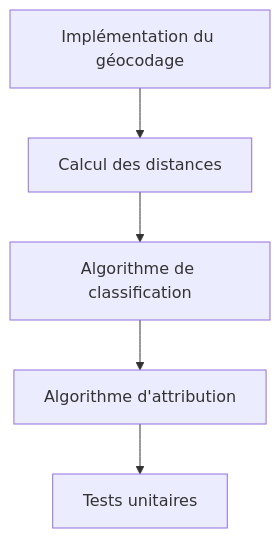
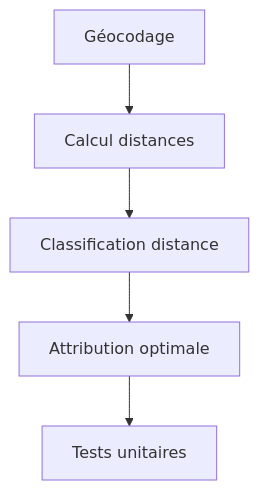
The second of 4 diagrams in .trae/documents/specification_repartition_livraisons.md (Medigone/log), drawn with Mermaid before and after one commit. The commit also changed other lines of this file and 39 other files, not shown here.

````diff
--- a/.trae/documents/specification_repartition_livraisons.md
+++ b/.trae/documents/specification_repartition_livraisons.md
@@ -555,7 +585,7 @@
 ```mermaid
 graph TD
-    A[Implémentation du géocodage] --> B[Calcul des distances]
-    B --> C[Algorithme de classification]
-    C --> D[Algorithme d'attribution]
+    A[Géocodage] --> B[Calcul distances]
+    B --> C[Classification distance]
+    C --> D[Attribution optimale]
     D --> E[Tests unitaires]
 ```
````
